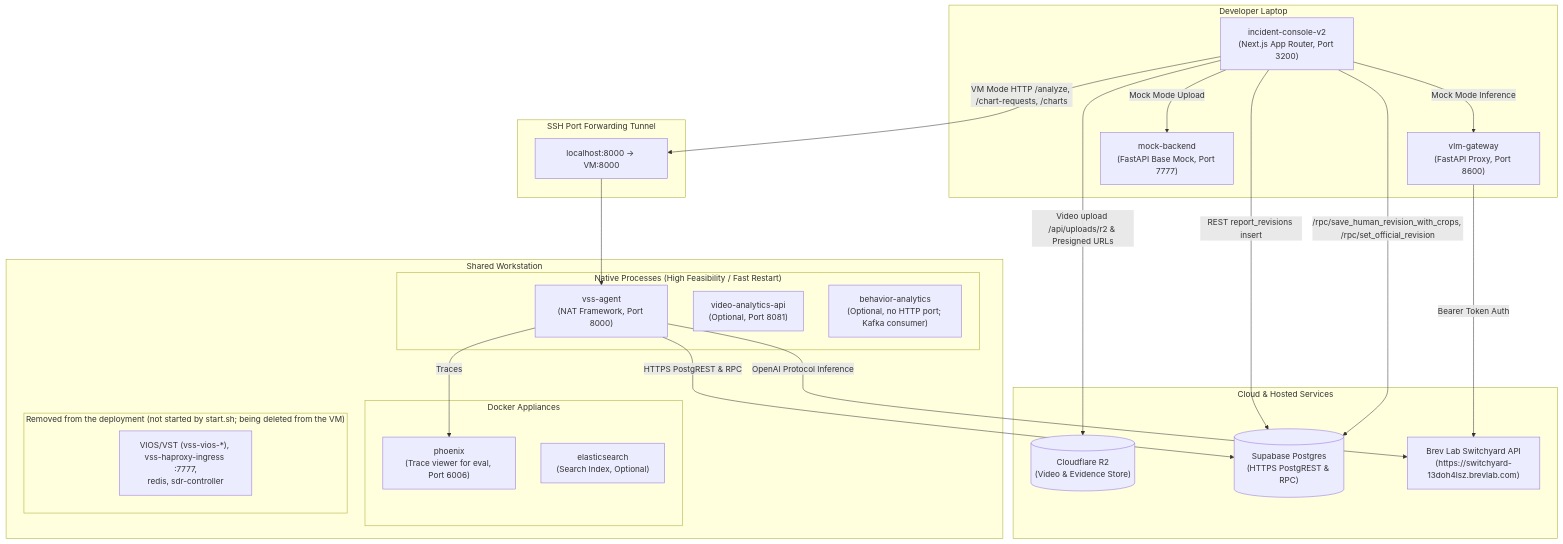
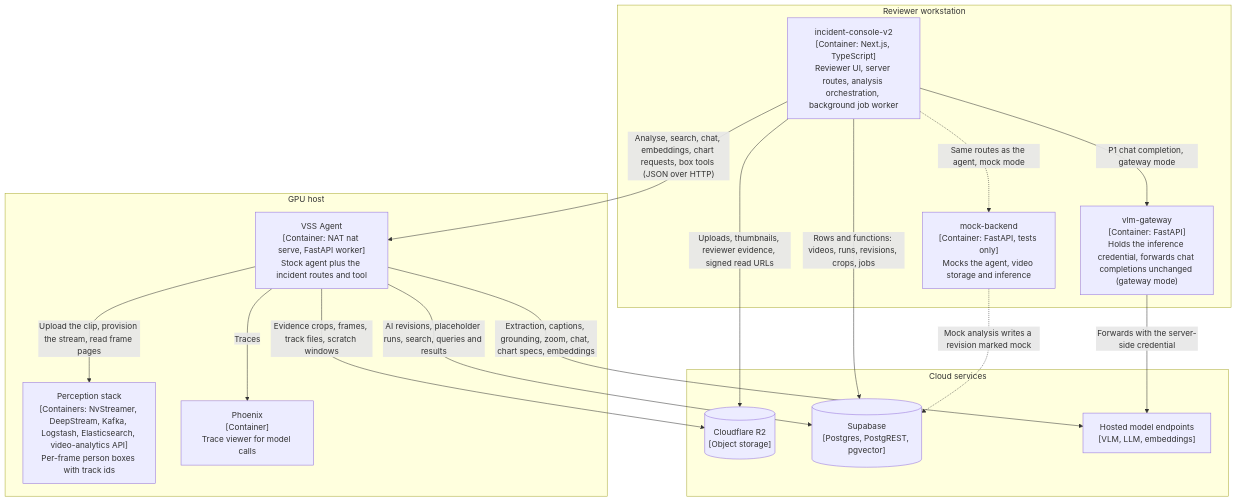
One commit to Danwidj/video-search-and-summarization changed the second of 7 diagrams in deploy/docker/developer-profiles/dev-profile-incident/.docs/architecture.md. Above: the diagram before and after it, drawn with Mermaid. The commit also changed other lines of this file and 18 other files, not shown here.

First line of the commit message:
docs(incident): restructure architecture.md on C4 and arc42 views in NVIDIA's style; move console behaviour to console-reference.md

````diff
--- a/deploy/docker/developer-profiles/dev-profile-incident/.docs/architecture.md
+++ b/deploy/docker/developer-profiles/dev-profile-incident/.docs/architecture.md
@@ -21,54 +124,30 @@
 ```mermaid
 flowchart TB
-    subgraph Laptop["Developer Laptop"]
-        UI["incident-console-v2<br/>(Next.js App Router, Port 3200)"]
-        Gateway["vlm-gateway<br/>(FastAPI Proxy, Port 8600)"]
-        Mock["mock-backend<br/>(FastAPI Base Mock, Port 7777)"]
+    subgraph Workstation["Reviewer workstation"]
+        Console["incident-console-v2<br/>[Container: Next.js, TypeScript]<br/>Reviewer UI, server routes, analysis orchestration, background job worker"]
+        Gateway["vlm-gateway<br/>[Container: FastAPI]<br/>Holds the inference credential, forwards chat completions unchanged (gateway mode)"]
+        Mock["mock-backend<br/>[Container: FastAPI, tests only]<br/>Mocks the agent, video storage and inference"]
     end
-
-    subgraph Tunnel["SSH Port Forwarding Tunnel"]
-        FwdAgent["localhost:8000 -> VM:8000"]
+    subgraph Host["GPU host"]
+        Agent["VSS Agent<br/>[Container: NAT nat serve, FastAPI worker]<br/>Stock agent plus the incident routes and tool"]
+        Perception["Perception stack<br/>[Containers: NvStreamer, DeepStream, Kafka, Logstash, Elasticsearch, video-analytics API]<br/>Per-frame person boxes with track ids"]
+        Phoenix["Phoenix<br/>[Container]<br/>Trace viewer for model calls"]
     end
-
-    subgraph VM["<vm-host> Shared Workstation"]
-        subgraph VMNative["Native Processes (High Feasibility / Fast Restart)"]
-            Agent["vss-agent<br/>(NAT Framework, Port 8000)"]
-            VideoAnalytics["video-analytics-api<br/>(Optional, Port 8081)"]
-            BehaviorAnalytics["behavior-analytics<br/>(Optional, no HTTP port; Kafka consumer)"]
-        end
-
-        subgraph VMDocker["Docker Appliances"]
-            Phoenix["phoenix<br/>(Trace viewer for eval, Port 6006)"]
-            Elasticsearch["elasticsearch<br/>(Search Index, Optional)"]
-        end
-
-        subgraph VMRemoved["Removed from the deployment (not started by start.sh; being deleted from the VM)"]
-            Removed["VIOS/VST (vss-vios-*), vss-haproxy-ingress :7777,<br/>redis, sdr-controller"]
-        end
+    subgraph Cloud["Cloud services"]
+        R2[("Cloudflare R2<br/>[Object storage]")]
+        DB[("Supabase<br/>[Postgres, PostgREST, pgvector]")]
+        Models["Hosted model endpoints<br/>[VLM, LLM, embeddings]"]
     end
-
-    subgraph External["Cloud & Hosted Services"]
-        R2[("Cloudflare R2<br/>(Video & Evidence Store)")]
-        Supabase[("Supabase Postgres<br/>(HTTPS PostgREST & RPC)")]
-        Brev["Brev Lab Switchyard API<br/>(https://switchyard-13doh4lsz.brevlab.com)"]
-    end
-
-    %% Laptop connections
-    UI -->|Mock Mode Inference| Gateway
-    UI -->|Mock Mode Upload| Mock
-    UI -->|VM Mode HTTP /analyze, /chart-requests, /charts| FwdAgent
-    UI -->|Video upload /api/uploads/r2 & Presigned URLs| R2
-    UI -->|REST report_revisions insert| Supabase
-    UI -->|/rpc/save_human_revision_with_crops, /rpc/set_official_revision| Supabase
-
-    %% Gateway Upstream
-    Gateway -->|Bearer Token Auth| Brev
-
-    %% Tunnel Connections
-    FwdAgent --> Agent
-
-    %% VM Internal Routing
-    Agent -->|Traces| Phoenix
-    Agent -->|OpenAI Protocol Inference| Brev
-    Agent -->|HTTPS PostgREST & RPC| Supabase
+    Console -->|"Analyse, search, chat, embeddings, chart requests, box tools (JSON over HTTP)"| Agent
+    Console -->|"P1 chat completion, gateway mode"| Gateway
+    Gateway -->|"Forwards with the server-side credential"| Models
+    Console -->|"Uploads, thumbnails, reviewer evidence, signed read URLs"| R2
+    Console -->|"Rows and functions: videos, runs, revisions, crops, jobs"| DB
+    Agent -->|"Extraction, captions, grounding, zoom, chat, chart specs, embeddings"| Models
+    Agent -->|"Evidence crops, frames, track files, scratch windows"| R2
+    Agent -->|"AI revisions, placeholder runs, search, queries and results"| DB
+    Agent -->|"Upload the clip, provision the stream, read frame pages"| Perception
+    Agent -->|"Traces"| Phoenix
+    Console -.->|"Same routes as the agent, mock mode"| Mock
+    Mock -.->|"Mock analysis writes a revision marked mock"| DB
 ```
````
